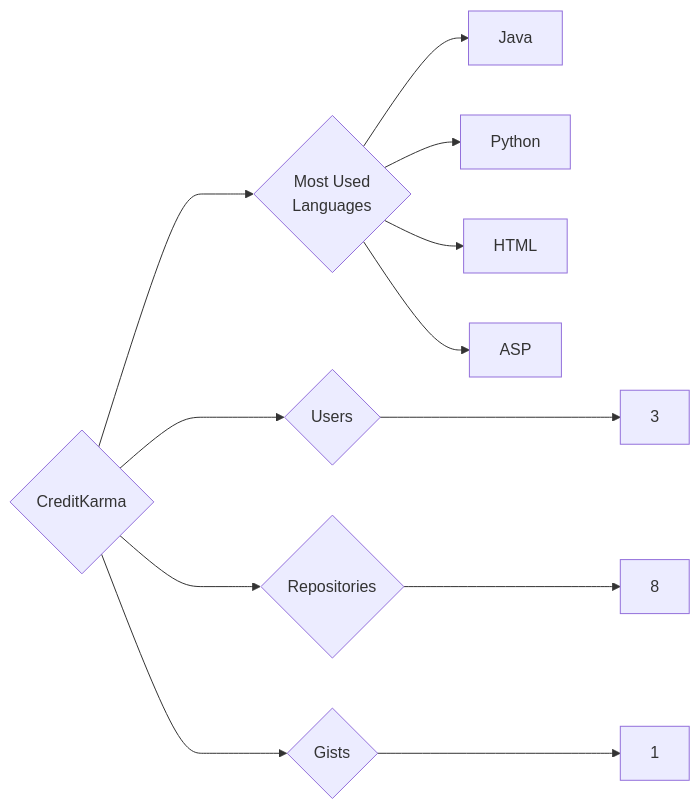
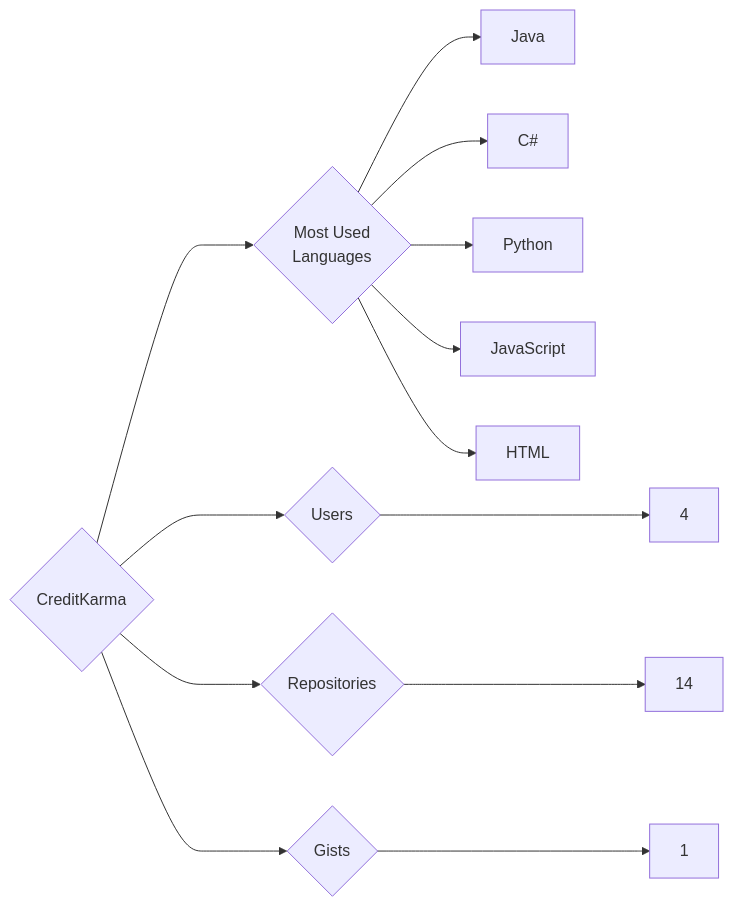
Before and after one commit to trickest/insiders: the diagram in targets/CreditKarma/README.md, drawn with Mermaid. The commit also changed 559 other files, not shown here.

````diff
--- a/targets/CreditKarma/README.md
+++ b/targets/CreditKarma/README.md
@@ -3,12 +3,13 @@
 ```mermaid
 graph LR
 COMPANY_NAME{CreditKarma}
-COMPANY_NAME ---> U{Users} ---> UN[3]
-COMPANY_NAME ---> R{Repositories} ---> RN[8]
+COMPANY_NAME ---> U{Users} ---> UN[4]
+COMPANY_NAME ---> R{Repositories} ---> RN[14]
 COMPANY_NAME ---> G{Gists} ---> GN[1]
 COMPANY_NAME ---> ML{Most Used<br>Languages}
 ML --> Java[Java]
+ML --> C#[C#]
 ML --> Python[Python]
+ML --> JavaScript[JavaScript]
 ML --> HTML[HTML]
-ML --> ASP[ASP]
 ```
````
